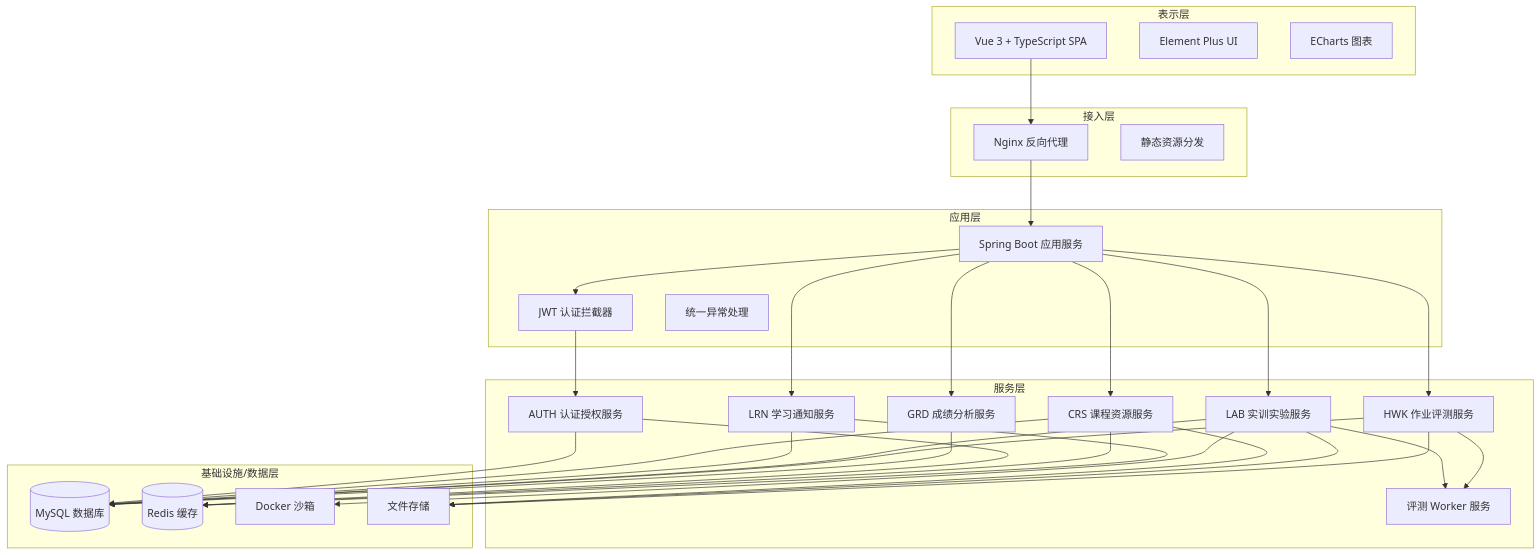
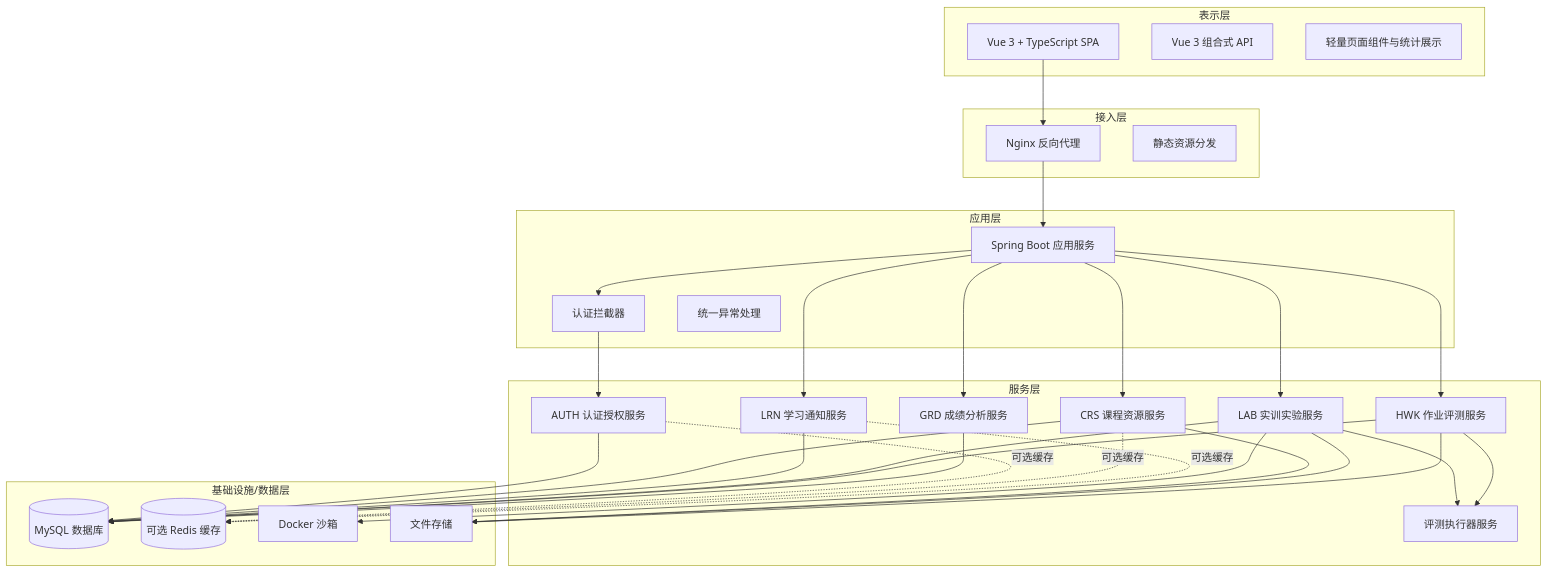
One commit to Cr4zyorange/OnlineJudge changed the first of 15 diagrams in docs/最终提交/软件概要设计说明书.md. Above: the diagram before and after it, drawn with Mermaid. The commit also changed other lines of this file and 12 other files, not shown here.

````diff
--- a/docs/最终提交/软件概要设计说明书.md
+++ b/docs/最终提交/软件概要设计说明书.md
@@ -705,57 +705,57 @@
 ```mermaid
 graph TB
     subgraph 表示层
         A[Vue 3 + TypeScript SPA]
-        B[Element Plus UI]
-        C[ECharts 图表]
+        B[Vue 3 组合式 API]
+        C[轻量页面组件与统计展示]
     end
 
     subgraph 接入层
         D[Nginx 反向代理]
         E[静态资源分发]
     end
 
     subgraph 应用层
         F[Spring Boot 应用服务]
-        G[JWT 认证拦截器]
+        G[认证拦截器]
         H[统一异常处理]
     end
 
     subgraph 服务层
         I[AUTH 认证授权服务]
         J[CRS 课程资源服务]
         K[LRN 学习通知服务]
         L[LAB 实训实验服务]
         M[HWK 作业评测服务]
         N[GRD 成绩分析服务]
-        O[评测 Worker 服务]
+        O[评测执行器服务]
     end
 
     subgraph 基础设施/数据层
         P[(MySQL 数据库)]
-        Q[(Redis 缓存)]
+        Q[(可选 Redis 缓存)]
         R[Docker 沙箱]
         S[文件存储]
     end
 
     A --> D --> F
     F --> G --> I
     F --> J
     F --> K
     F --> L --> O
     F --> M --> O
     F --> N
     I --> P
-    I --> Q
     J --> P
-    J --> Q
     K --> P
-    K --> Q
     L --> P
     L --> R
     M --> P
     N --> P
     J --> S
     L --> S
     M --> S
+    I -.->|可选缓存| Q
+    J -.->|可选缓存| Q
+    K -.->|可选缓存| Q
 ```
````
